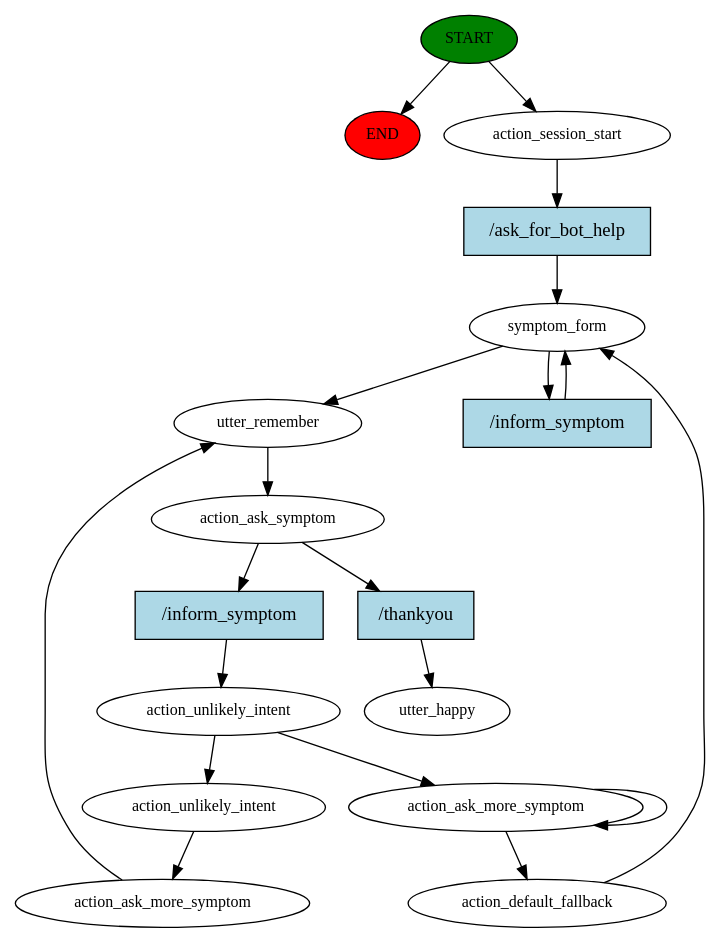
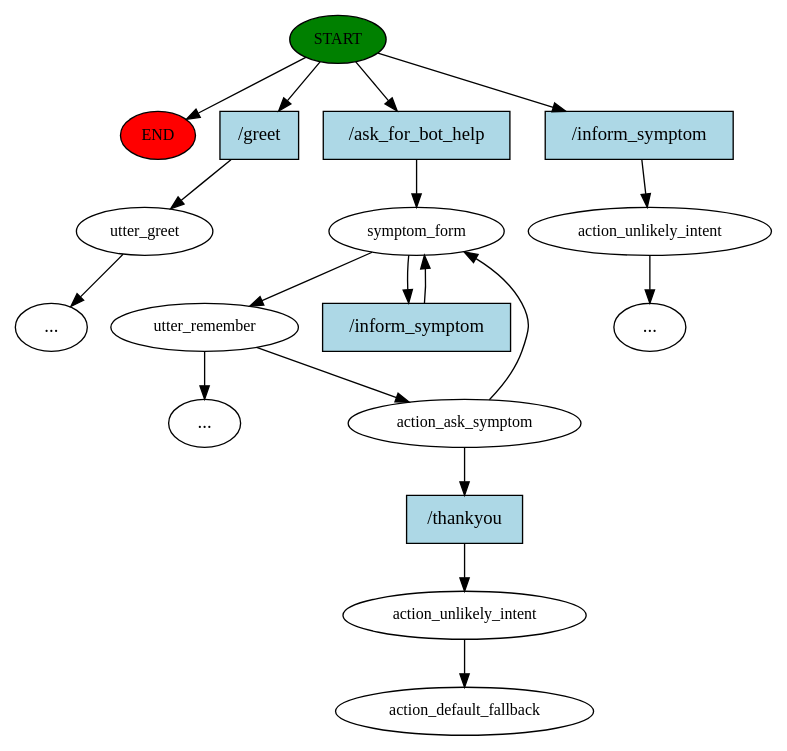
Before and after one commit to khetpatiparn/THAI_MED_BOT: the diagram in story_graph.dot, drawn with Graphviz. The commit also changed 284 other files, not shown here.

```diff
--- a/story_graph.dot
+++ b/story_graph.dot
@@ -1,37 +1,37 @@
 digraph  {
 0 [class="start active", fillcolor=green, fontsize=12, label=START, style=filled];
 "-1" [class=end, fillcolor=red, fontsize=12, label=END, style=filled];
-1 [class=active, fontsize=12, label=action_session_start];
+1 [class="", fontsize=12, label=utter_greet];
 2 [class=active, fontsize=12, label=symptom_form];
-4 [class=active, fontsize=12, label=utter_remember];
-5 [class=active, fontsize=12, label=action_ask_symptom];
-6 [class=active, fontsize=12, label=action_unlikely_intent];
-7 [class=active, fontsize=12, label=action_ask_more_symptom];
-11 [class=active, fontsize=12, label=action_default_fallback];
-17 [class=active, fontsize=12, label=action_unlikely_intent];
-18 [class=active, fontsize=12, label=action_ask_more_symptom];
-21 [class="dashed active", fontsize=12, label=utter_happy];
-22 [class="intent active", fillcolor=lightblue, label="/ask_for_bot_help", shape=rect, style=filled];
-23 [class="intent active", fillcolor=lightblue, label="/inform_symptom", shape=rect, style=filled];
-24 [class="intent active", fillcolor=lightblue, label="/inform_symptom", shape=rect, style=filled];
-25 [class="intent active", fillcolor=lightblue, label="/thankyou", shape=rect, style=filled];
+3 [class=active, fontsize=12, label=utter_remember];
+"-7" [class=ellipsis, label="..."];
+"-9" [class=ellipsis, label="..."];
+11 [class="", fontsize=12, label=action_unlikely_intent];
+"-10" [class=ellipsis, label="..."];
+15 [class=active, fontsize=12, label=action_ask_symptom];
+20 [class=active, fontsize=12, label=action_unlikely_intent];
+21 [class="dashed active", fontsize=12, label=action_default_fallback];
+22 [class=intent, fillcolor=lightblue, label="/greet", shape=rect, style=filled];
+23 [class="intent active", fillcolor=lightblue, label="/ask_for_bot_help", shape=rect, style=filled];
+24 [class=intent, fillcolor=lightblue, label="/inform_symptom", shape=rect, style=filled];
+25 [class="intent active", fillcolor=lightblue, label="/inform_symptom", shape=rect, style=filled];
+26 [class="intent active", fillcolor=lightblue, label="/thankyou", shape=rect, style=filled];
 0 -> "-1"  [class="", key=NONE, label=""];
-0 -> 1  [class=active, key=NONE, label=""];
-1 -> 22  [class=active, key=0];
-2 -> 4  [class=active, key=NONE, label=""];
-2 -> 23  [class=active, key=0];
-4 -> 5  [class=active, key=NONE, label=""];
-5 -> 24  [class=active, key=0];
-5 -> 25  [class=active, key=0];
-6 -> 7  [class=active, key=NONE, label=""];
-6 -> 17  [class=active, key=NONE, label=""];
-7 -> 7  [class=active, key=NONE, label=""];
-7 -> 11  [class=active, key=NONE, label=""];
-11 -> 2  [class=active, key=NONE, label=""];
-17 -> 18  [class=active, key=NONE, label=""];
-18 -> 4  [class=active, key=NONE, label=""];
-22 -> 2  [class=active, key=0];
+0 -> 22  [class="", key=0];
+0 -> 23  [class=active, key=0];
+0 -> 24  [class="", key=0];
+1 -> "-7"  [class="", key=NONE, label=""];
+2 -> 3  [class=active, key=NONE, label=""];
+2 -> 25  [class=active, key=0];
+3 -> "-9"  [class="", key=NONE, label=""];
+3 -> 15  [class=active, key=NONE, label=""];
+11 -> "-10"  [class="", key=NONE, label=""];
+15 -> 2  [class=active, key=NONE, label=""];
+15 -> 26  [class=active, key=0];
+20 -> 21  [class=active, key=NONE, label=""];
+22 -> 1  [class="", key=0];
 23 -> 2  [class=active, key=0];
-24 -> 6  [class=active, key=0];
-25 -> 21  [class=active, key=0];
+24 -> 11  [class="", key=0];
+25 -> 2  [class=active, key=0];
+26 -> 20  [class=active, key=0];
 }
```
